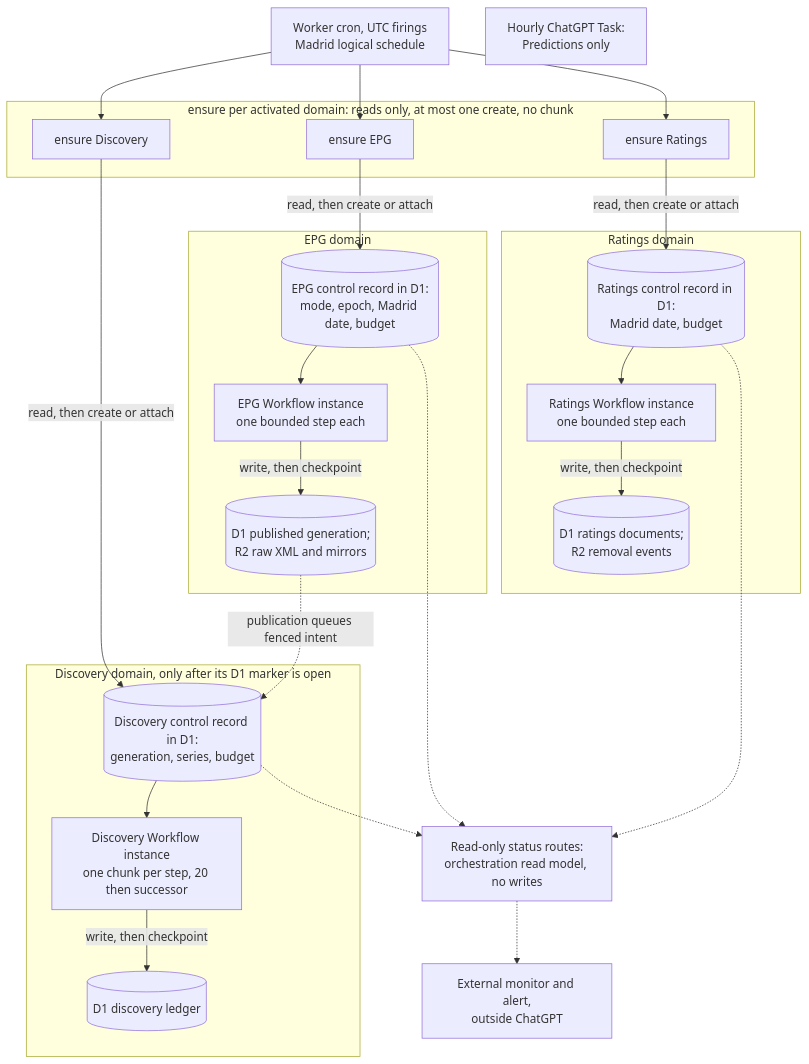
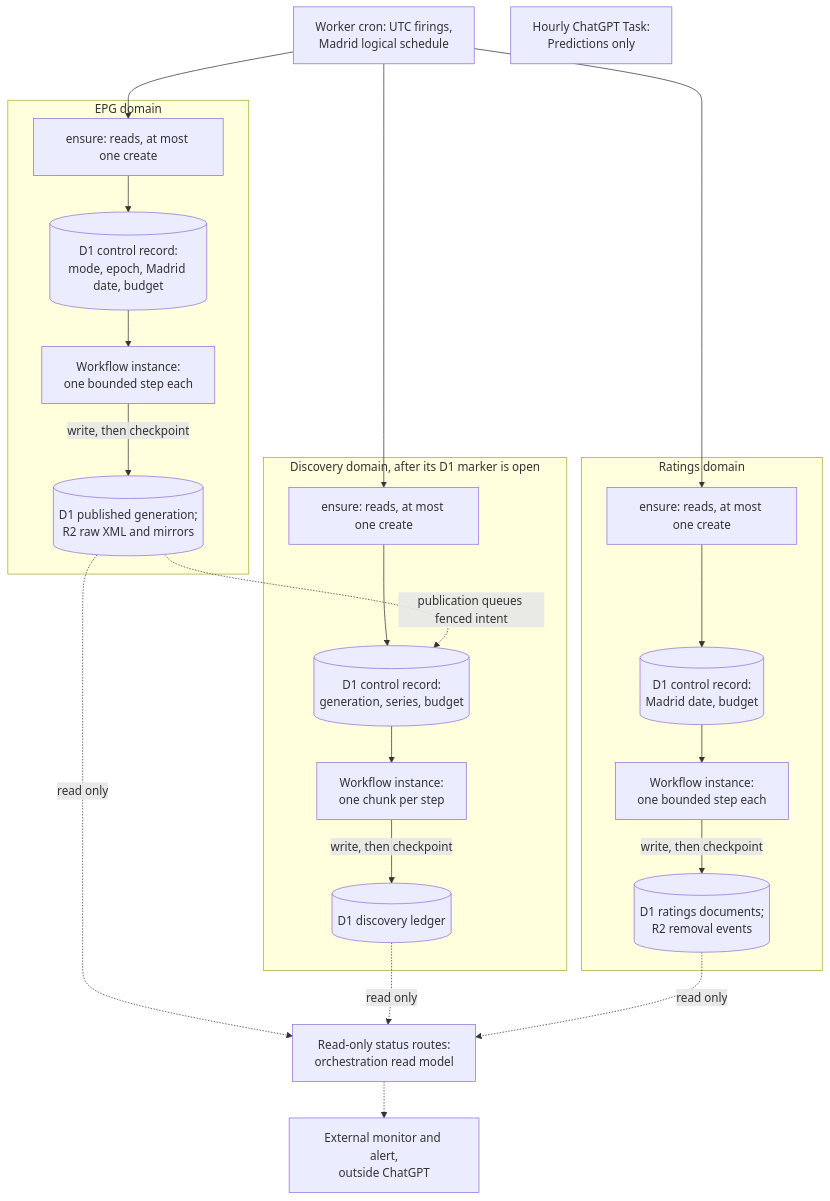
The seventh of 8 diagrams in docs/architecture/scheduling-and-orchestration.md (vladimino/iptv-watchlist), drawn with Mermaid before and after one commit. The commit also changed other lines of this file, not shown here.

Commit message:
AIR-345: compact proposed orchestration diagrams

````diff
--- a/docs/architecture/scheduling-and-orchestration.md
+++ b/docs/architecture/scheduling-and-orchestration.md
@@ -220,40 +220,32 @@
 ```mermaid
 flowchart TD
-    cron["Worker cron, UTC firings<br/>Madrid logical schedule"]
-    subgraph ensureLayer["ensure per activated domain: reads only, at most one create, no chunk"]
-        ensureEpg["ensure EPG"]
-        ensureDisc["ensure Discovery"]
-        ensureRat["ensure Ratings"]
+    cron["Worker cron: UTC firings,<br/>Madrid logical schedule"]
+    subgraph epgDomain["EPG domain"]
+        ensureEpg["ensure: reads, at most one create"]
+        epgCtl[("D1 control record:<br/>mode, epoch, Madrid date, budget")]
+        epgWf["Workflow instance:<br/>one bounded step each"]
+        epgAuth[("D1 published generation;<br/>R2 raw XML and mirrors")]
+        ensureEpg --> epgCtl --> epgWf -->|write, then checkpoint| epgAuth
     end
-    subgraph epgDomain["EPG domain"]
-        epgCtl[("EPG control record in D1:<br/>mode, epoch, Madrid date, budget")]
-        epgWf["EPG Workflow instance<br/>one bounded step each"]
-        epgAuth[("D1 published generation;<br/>R2 raw XML and mirrors")]
-    end
-    subgraph discDomain["Discovery domain, only after its D1 marker is open"]
-        discCtl[("Discovery control record in D1:<br/>generation, series, budget")]
-        discWf["Discovery Workflow instance<br/>one chunk per step, 20 then successor"]
+    subgraph discDomain["Discovery domain, after its D1 marker is open"]
+        ensureDisc["ensure: reads, at most one create"]
+        discCtl[("D1 control record:<br/>generation, series, budget")]
+        discWf["Workflow instance:<br/>one chunk per step"]
         discAuth[("D1 discovery ledger")]
+        ensureDisc --> discCtl --> discWf -->|write, then checkpoint| discAuth
     end
     subgraph ratDomain["Ratings domain"]
-        ratCtl[("Ratings control record in D1:<br/>Madrid date, budget")]
-        ratWf["Ratings Workflow instance<br/>one bounded step each"]
+        ensureRat["ensure: reads, at most one create"]
+        ratCtl[("D1 control record:<br/>Madrid date, budget")]
+        ratWf["Workflow instance:<br/>one bounded step each"]
         ratAuth[("D1 ratings documents;<br/>R2 removal events")]
+        ensureRat --> ratCtl --> ratWf -->|write, then checkpoint| ratAuth
     end
-    status["Read-only status routes:<br/>orchestration read model, no writes"]
+    status["Read-only status routes:<br/>orchestration read model"]
     monitor["External monitor and alert,<br/>outside ChatGPT"]
     hourly["Hourly ChatGPT Task:<br/>Predictions only"]
     cron --> ensureEpg & ensureDisc & ensureRat
-    ensureEpg -->|read, then create or attach| epgCtl
-    epgCtl --> epgWf
-    epgWf -->|write, then checkpoint| epgAuth
-    ensureDisc -->|read, then create or attach| discCtl
-    discCtl --> discWf
-    discWf -->|write, then checkpoint| discAuth
-    ensureRat -->|read, then create or attach| ratCtl
-    ratCtl --> ratWf
-    ratWf -->|write, then checkpoint| ratAuth
     epgAuth -.->|publication queues fenced intent| discCtl
-    epgCtl & discCtl & ratCtl -.-> status
+    epgAuth & discAuth & ratAuth -.->|read only| status
     status -.-> monitor
 ```
````
